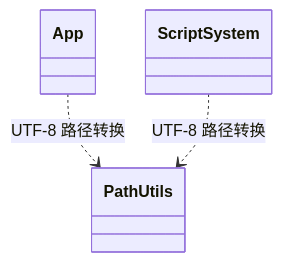
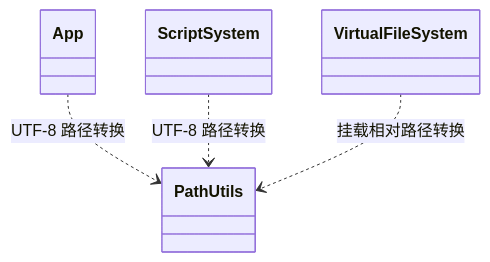
One commit to lcals/Engine changed diagram 13 of 22 in docs/class-diagrams/references.md. Above: the diagram before and after it, drawn with Mermaid. The commit also changed other lines of this file and 96 other files, not shown here.

````diff
--- a/docs/class-diagrams/references.md
+++ b/docs/class-diagrams/references.md
@@ -378,9 +384,11 @@
 ```mermaid
 classDiagram
     direction TB
     class PathUtils
     class App
     class ScriptSystem
+    class VirtualFileSystem
     App ..> PathUtils : UTF-8 路径转换
     ScriptSystem ..> PathUtils : UTF-8 路径转换
+    VirtualFileSystem ..> PathUtils : 挂载相对路径转换
 ```
````
